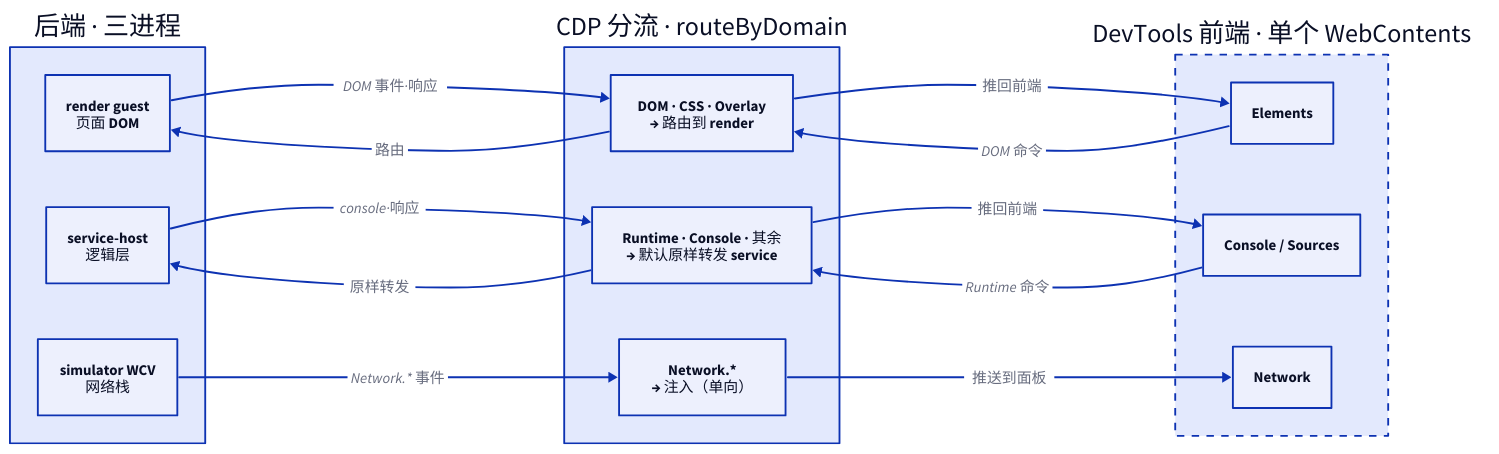
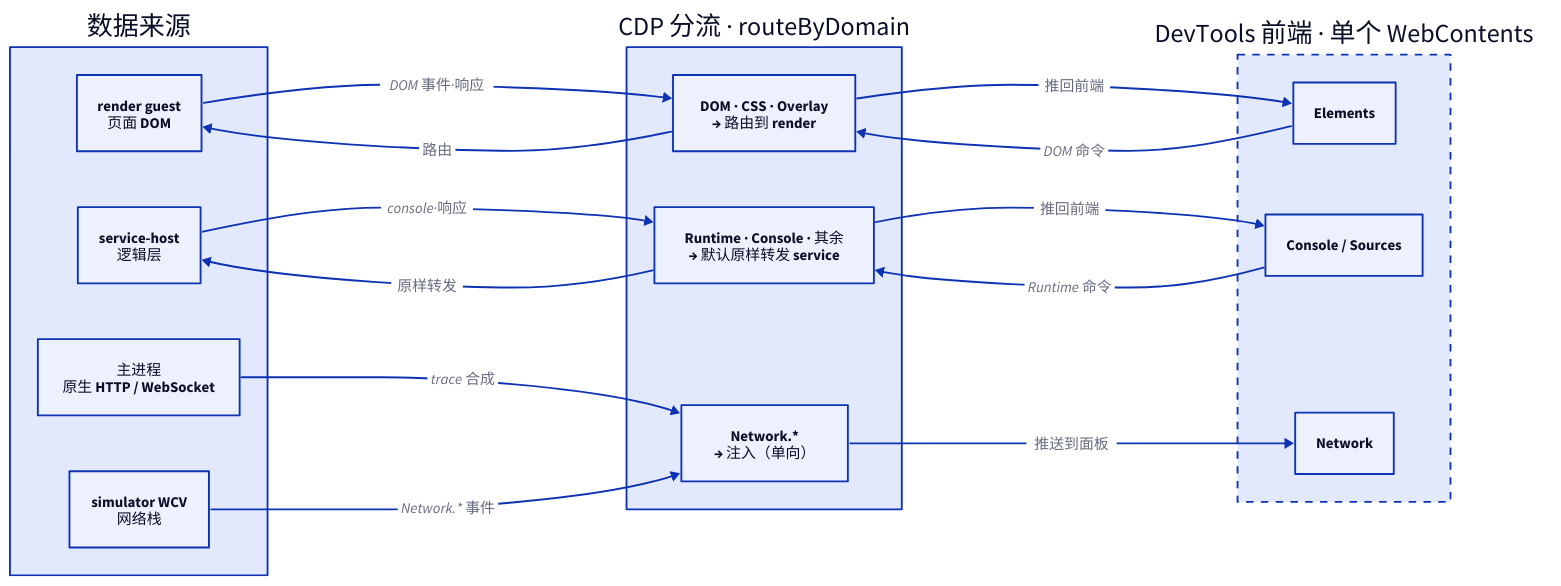
One commit to EchoTechFE/dimina-kit changed the first of 2 diagrams in packages/devtools/docs/devtools-cdp-routing.mdx. Above: the diagram before and after it, drawn with D2. The commit also changed other lines of this file and 45 other files, not shown here.

````diff
--- a/packages/devtools/docs/devtools-cdp-routing.mdx
+++ b/packages/devtools/docs/devtools-cdp-routing.mdx
@@ -45,33 +46,35 @@
 ```d2
 direction: right
 
-后端: 后端 · 三进程 {
+后端: 数据来源 {
+  MAIN: "主进程\n原生 HTTP / WebSocket"
   RG: "render guest\n页面 DOM"
   SH: "service-host\n逻辑层"
   SW: "simulator WCV\n网络栈"
 }
 分流: CDP 分流 · routeByDomain {
   R1: "DOM · CSS · Overlay\n→ 路由到 render"
   R2: "Runtime · Console · 其余\n→ 默认原样转发 service"
   R3: "Network.*\n→ 注入（单向）"
 }
 前端: DevTools 前端 · 单个 WebContents {
   style.stroke-dash: 4
   EL: Elements
   CO: Console / Sources
   NW: Network
 }
 
 前端.EL -> 分流.R1: DOM 命令
 分流.R1 -> 后端.RG: 路由
 后端.RG -> 分流.R1: DOM 事件·响应
 分流.R1 -> 前端.EL: 推回前端
 
 前端.CO -> 分流.R2: Runtime 命令
 分流.R2 -> 后端.SH: 原样转发
 后端.SH -> 分流.R2: console·响应
 分流.R2 -> 前端.CO: 推回前端
 
+后端.MAIN -> 分流.R3: trace 合成
 后端.SW -> 分流.R3: Network.* 事件
 分流.R3 -> 前端.NW: 推送到面板
 ```
````
